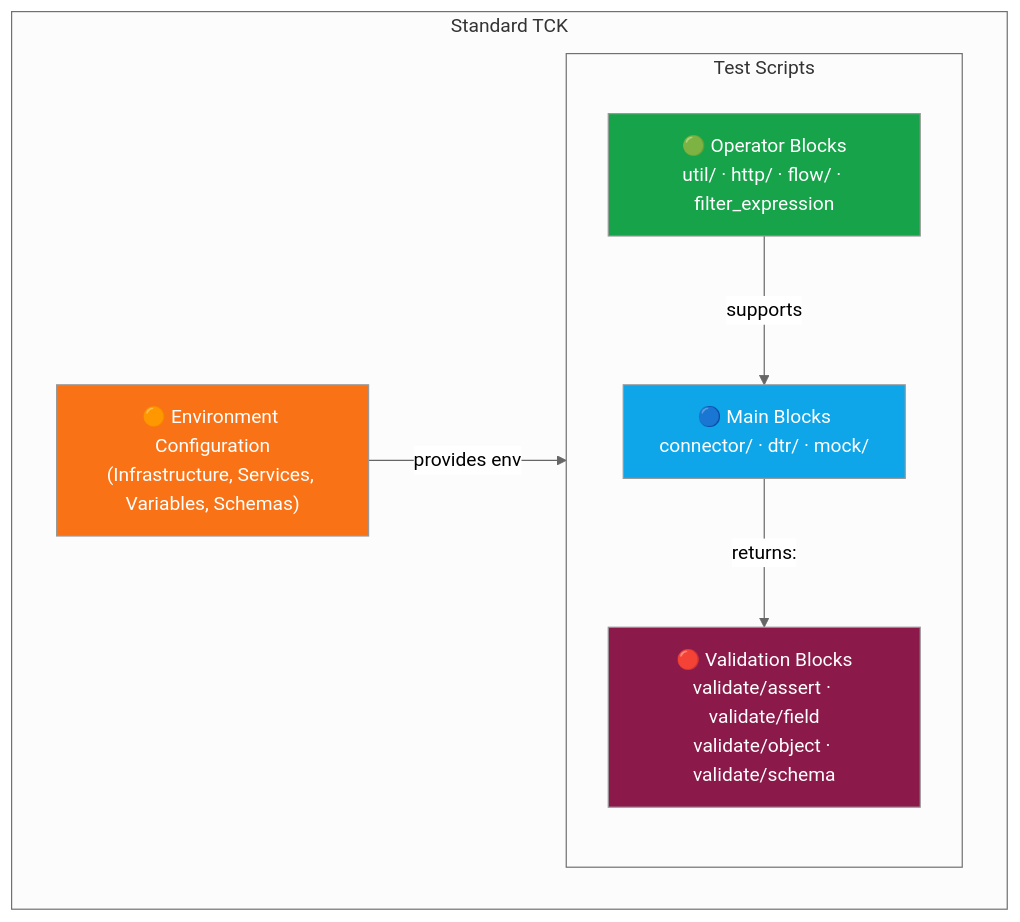
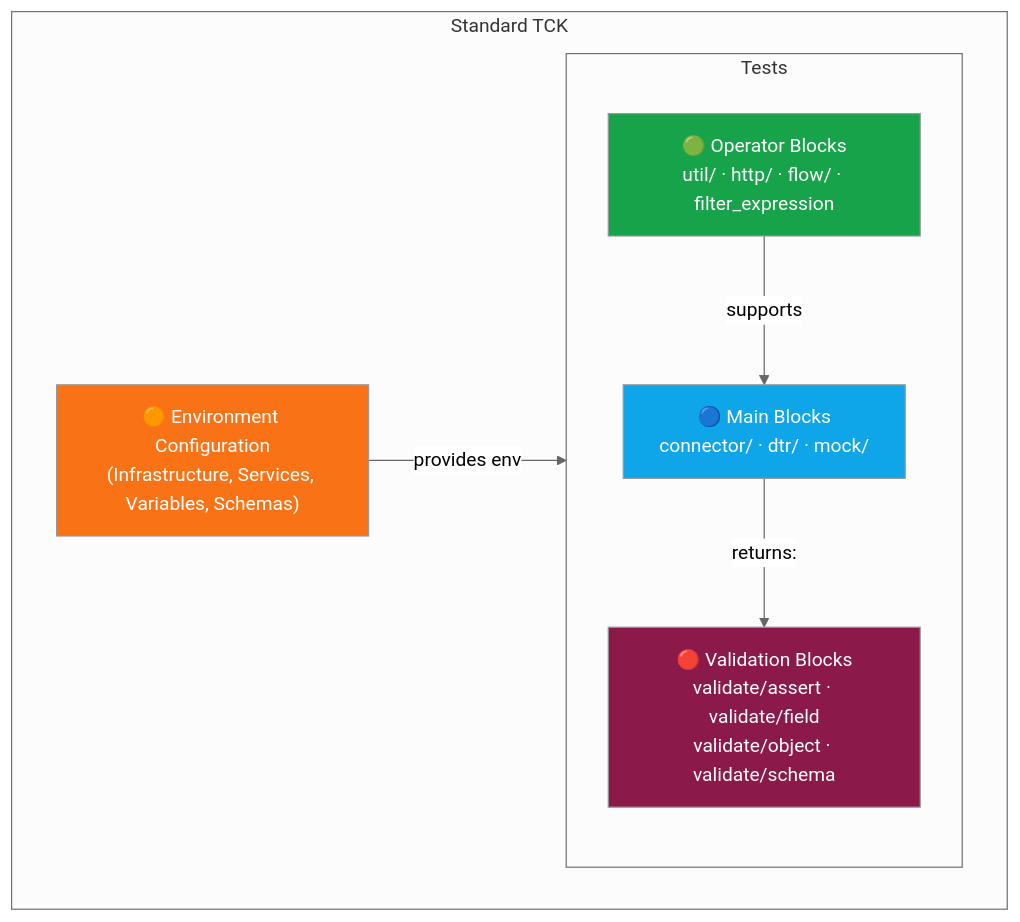
One commit to eclipse-tractusx/tractusx-testlab changed the diagram in docs/api-reference/index.md. Above: the diagram before and after it, drawn with Mermaid (neutral theme). The commit also changed other lines of this file and 267 other files, not shown here.

````diff
--- a/docs/api-reference/index.md
+++ b/docs/api-reference/index.md
@@ -34,21 +34,21 @@
 ```mermaid
 graph TB
     subgraph TCK["Standard TCK"]
-        subgraph Scripts["Test Scripts"]
+        subgraph Tests["Tests"]
             direction TB
             V["🔴 Validation Blocks<br/>validate/assert · validate/field<br/>validate/object · validate/schema"]
             M["🔵 Main Blocks<br/>connector/ · dtr/ · mock/"]
             O["🟢 Operator Blocks<br/>util/ · http/ · flow/ · filter_expression"]
         end
         C["🟠 Environment Configuration<br/>(Infrastructure, Services, Variables, Schemas)"]
     end
 
     M -->|"returns:"| V
     O -->|"supports"| M
-    C -->|"provides env"| Scripts
+    C -->|"provides env"| Tests
 
     style V fill:#8B1A4A,color:#fff
     style M fill:#0EA5E9,color:#fff
     style O fill:#16A34A,color:#fff
     style C fill:#F97316,color:#fff
 ```
````
